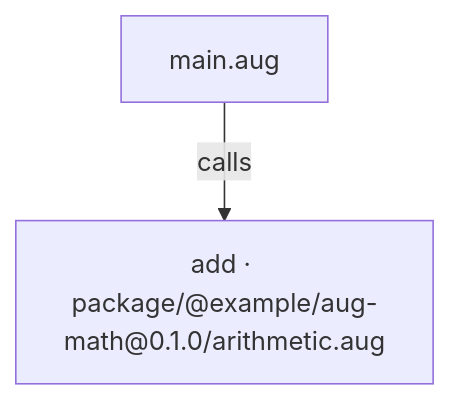
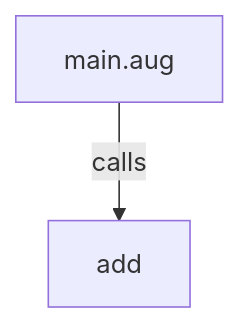
One commit to GreenPandaStudios/augscript changed the first of 2 diagrams in docs/examples/packages-app/main-diagrams.md. Above: the diagram before and after it, drawn with Mermaid. The commit also changed other lines of this file and 524 other files, not shown here.

Commit message:
Explain checked data flow at folder and service levels

````diff
--- a/docs/examples/packages-app/main-diagrams.md
+++ b/docs/examples/packages-app/main-diagrams.md
@@ -23,6 +20,6 @@
 ```mermaid
 flowchart TD
     n0["main.aug"]
-    n1["add · package/@example/aug-math@0.1.0/arithmetic.aug"]
+    n1["add"]
     n0 -->|"calls"| n1
 ```
````
